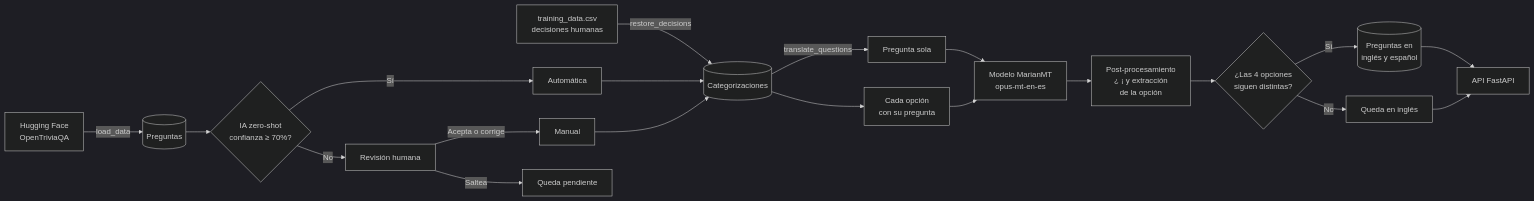
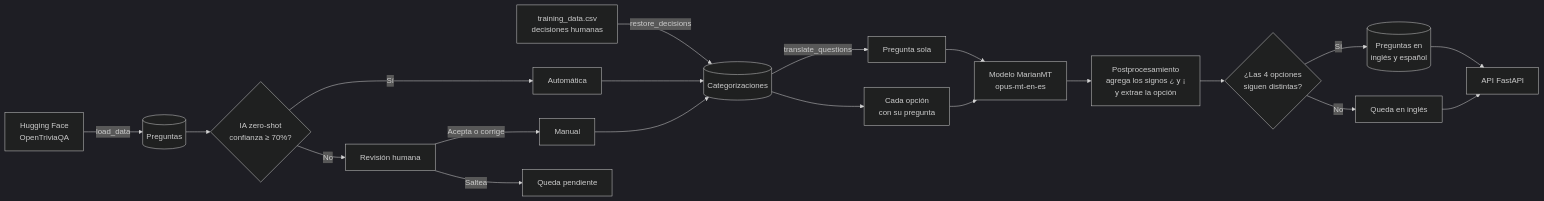
The first of 4 diagrams in README.md (Aetther/Prac-I-Prac-Prof-II-CDIA), drawn with Mermaid (dark theme) before and after one commit. The commit also changed other lines of this file, not shown here.

Commit message:
README: texto más claro en los diagramas

````diff
--- a/README.md
+++ b/README.md
@@ -40,22 +40,22 @@
 ```mermaid
 flowchart LR
     A[Hugging Face<br/>OpenTriviaQA] -->|load_data| B[(Preguntas)]
     C[training_data.csv<br/>decisiones humanas] -->|restore_decisions| D[(Categorizaciones)]
     B --> E{IA zero-shot<br/>confianza ≥ 70%?}
     E -->|Sí| F[Automática]
     E -->|No| G[Revisión humana]
     G -->|Acepta o corrige| H[Manual]
     G -->|Saltea| I[Queda pendiente]
     F --> D
     H --> D
     D -->|translate_questions| K[Pregunta sola]
     D --> L["Cada opción<br/>con su pregunta"]
     K --> M[Modelo MarianMT<br/>opus-mt-en-es]
     L --> M
-    M --> N["Post-procesamiento<br/>¿ ¡ y extracción<br/>de la opción"]
+    M --> N["Postprocesamiento<br/>agrega los signos ¿ y ¡<br/>y extrae la opción"]
     N --> O{¿Las 4 opciones<br/>siguen distintas?}
     O -->|Sí| P[(Preguntas en<br/>inglés y español)]
     O -->|No| Q[Queda en inglés]
     P --> R[API FastAPI]
     Q --> R
 ```
````
